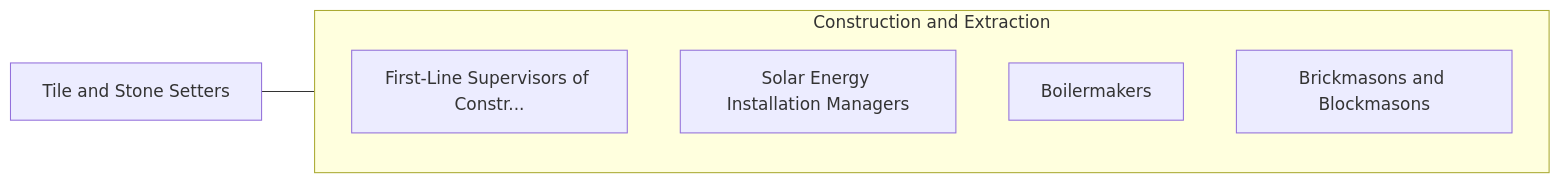
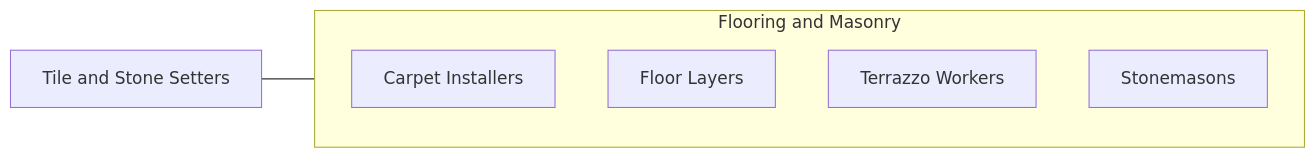
The fourth of 4 diagrams in occupations/Construction/TileAndStoneSetters.mdx (kziemski/business.org.ai), drawn with Mermaid before and after one commit. The commit also changed other lines of this file and 938 other files, not shown here.

````diff
--- a/occupations/Construction/TileAndStoneSetters.mdx
+++ b/occupations/Construction/TileAndStoneSetters.mdx
@@ -112,13 +174,11 @@
 ```mermaid
 graph LR
     Current["Tile and Stone Setters"]
-
-    subgraph SameCategory["Construction and Extraction"]
-        FirstLineSupervisors["First-Line Supervisors of Constr..."]
-        SolarEnergyInstallat["Solar Energy Installation Managers"]
-        Boilermakers["Boilermakers"]
-        BrickmasonsAndBlockm["Brickmasons and Blockmasons"]
+    subgraph Same["Flooring and Masonry"]
+        Carpet["Carpet Installers"]
+        Floor["Floor Layers"]
+        Terrazzo["Terrazzo Workers"]
+        Stone["Stonemasons"]
     end
-
-    Current --- SameCategory
+    Current --- Same
 ```
````
